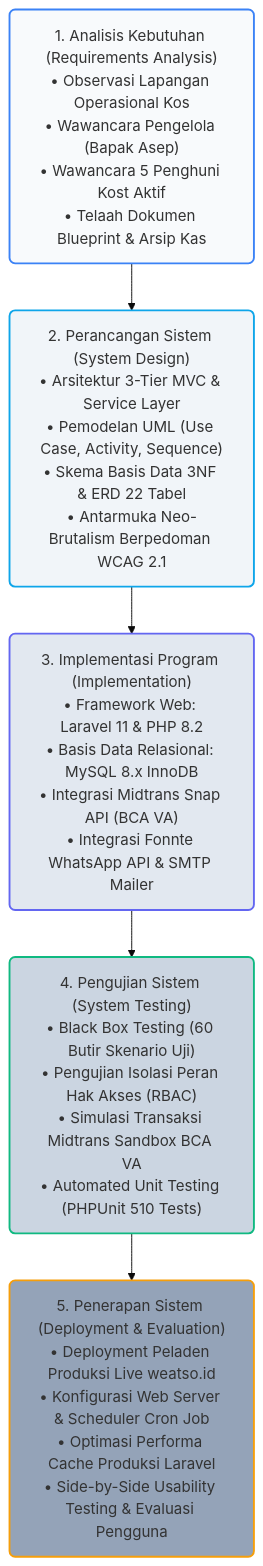
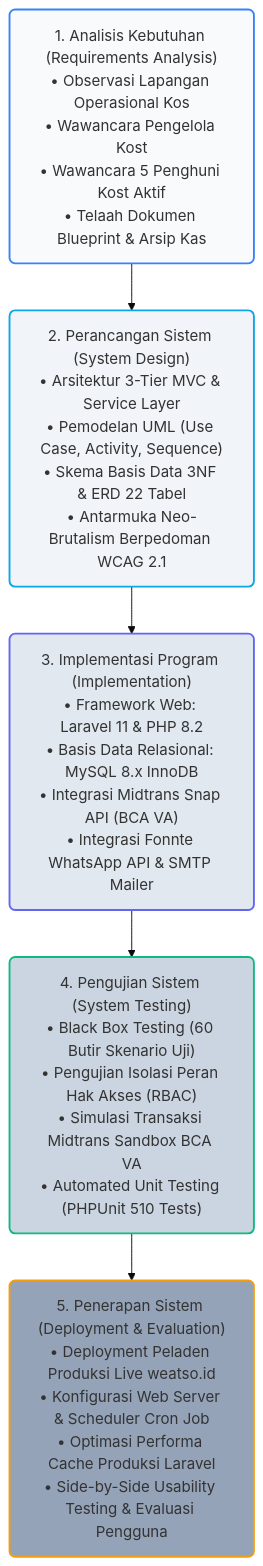
One commit to rafifarsyapradiva/asri-boarding-house changed the first of 2 diagrams in Skripsi/Skripsi_Rafif_Arsya_Pradiva_22.N4.0014.md. Above: the diagram before and after it, drawn with Mermaid (base theme). The commit also changed other lines of this file, not shown here.

Commit message:
docs(skripsi): standardisasi penyebutan nama orang dan generalisasi peran pengelola serta penghuni di luar korpus wawancara

````diff
--- a/Skripsi/Skripsi_Rafif_Arsya_Pradiva_22.N4.0014.md
+++ b/Skripsi/Skripsi_Rafif_Arsya_Pradiva_22.N4.0014.md
@@ -664,13 +664,13 @@
 ```mermaid
 graph TD
-    A["1. Analisis Kebutuhan (Requirements Analysis)<br/>• Observasi Lapangan Operasional Kos<br/>• Wawancara Pengelola (Bapak Asep)<br/>• Wawancara 5 Penghuni Kost Aktif<br/>• Telaah Dokumen Blueprint & Arsip Kas"] --> B["2. Perancangan Sistem (System Design)<br/>• Arsitektur 3-Tier MVC & Service Layer<br/>• Pemodelan UML (Use Case, Activity, Sequence)<br/>• Skema Basis Data 3NF & ERD 22 Tabel<br/>• Antarmuka Neo-Brutalism Berpedoman WCAG 2.1"]
+    A["1. Analisis Kebutuhan (Requirements Analysis)<br/>• Observasi Lapangan Operasional Kos<br/>• Wawancara Pengelola Kost<br/>• Wawancara 5 Penghuni Kost Aktif<br/>• Telaah Dokumen Blueprint & Arsip Kas"] --> B["2. Perancangan Sistem (System Design)<br/>• Arsitektur 3-Tier MVC & Service Layer<br/>• Pemodelan UML (Use Case, Activity, Sequence)<br/>• Skema Basis Data 3NF & ERD 22 Tabel<br/>• Antarmuka Neo-Brutalism Berpedoman WCAG 2.1"]
     B --> C["3. Implementasi Program (Implementation)<br/>• Framework Web: Laravel 11 & PHP 8.2<br/>• Basis Data Relasional: MySQL 8.x InnoDB<br/>• Integrasi Midtrans Snap API (BCA VA)<br/>• Integrasi Fonnte WhatsApp API & SMTP Mailer"]
     C --> D["4. Pengujian Sistem (System Testing)<br/>• Black Box Testing (60 Butir Skenario Uji)<br/>• Pengujian Isolasi Peran Hak Akses (RBAC)<br/>• Simulasi Transaksi Midtrans Sandbox BCA VA<br/>• Automated Unit Testing (PHPUnit 510 Tests)"]
     D --> E["5. Penerapan Sistem (Deployment & Evaluation)<br/>• Deployment Peladen Produksi Live weatso.id<br/>• Konfigurasi Web Server & Scheduler Cron Job<br/>• Optimasi Performa Cache Produksi Laravel<br/>• Side-by-Side Usability Testing & Evaluasi Pengguna"]
 
     style A fill:#F8FAFC,stroke:#3B82F6,stroke-width:2px,rx:6px,ry:6px
     style B fill:#F1F5F9,stroke:#0EA5E9,stroke-width:2px,rx:6px,ry:6px
     style C fill:#E2E8F0,stroke:#6366F1,stroke-width:2px,rx:6px,ry:6px
     style D fill:#CBD5E1,stroke:#10B981,stroke-width:2px,rx:6px,ry:6px
     style E fill:#94A3B8,stroke:#F59E0B,stroke-width:2px,rx:6px,ry:6px
 ```
````
